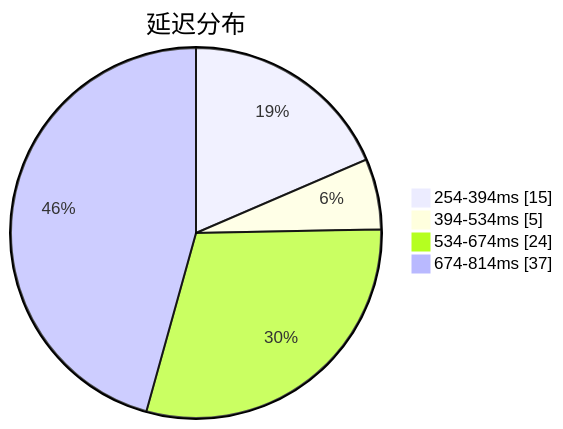
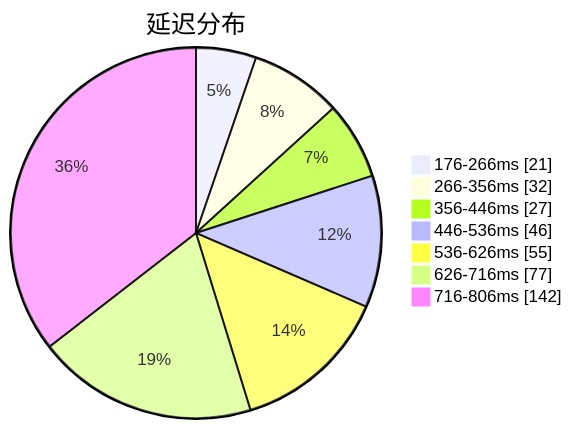
Before and after one commit to qjlxg/airport: the first of 3 diagrams in subs/statistics/tested_within.md, drawn with Mermaid. The commit also changed other lines of this file and 2 other files, not shown here.

````diff
--- a/subs/statistics/tested_within.md
+++ b/subs/statistics/tested_within.md
@@ -2,8 +2,11 @@
 ```mermaid
 pie showData
 title 延迟分布
-"254-394ms" : 15
-"394-534ms" : 5
-"534-674ms" : 24
-"674-814ms" : 37
+"176-266ms" : 21
+"266-356ms" : 32
+"356-446ms" : 27
+"446-536ms" : 46
+"536-626ms" : 55
+"626-716ms" : 77
+"716-806ms" : 142
 ```
````
